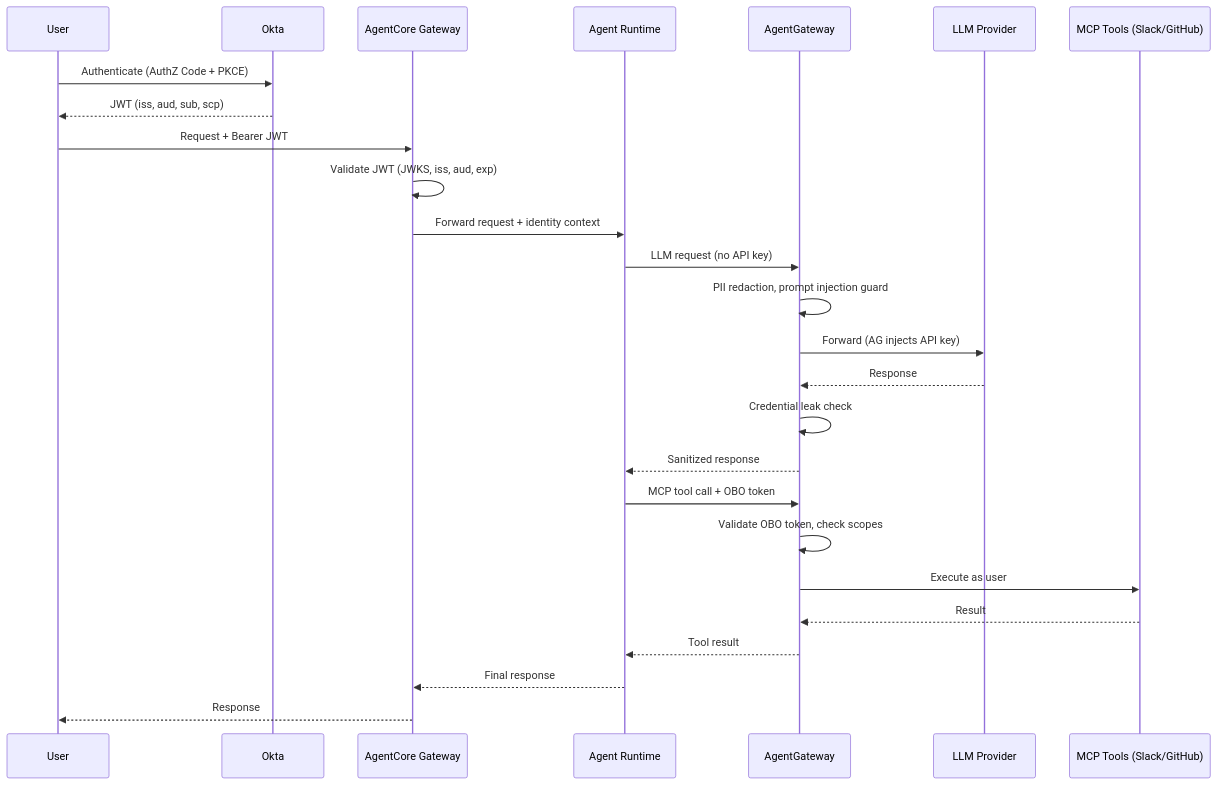
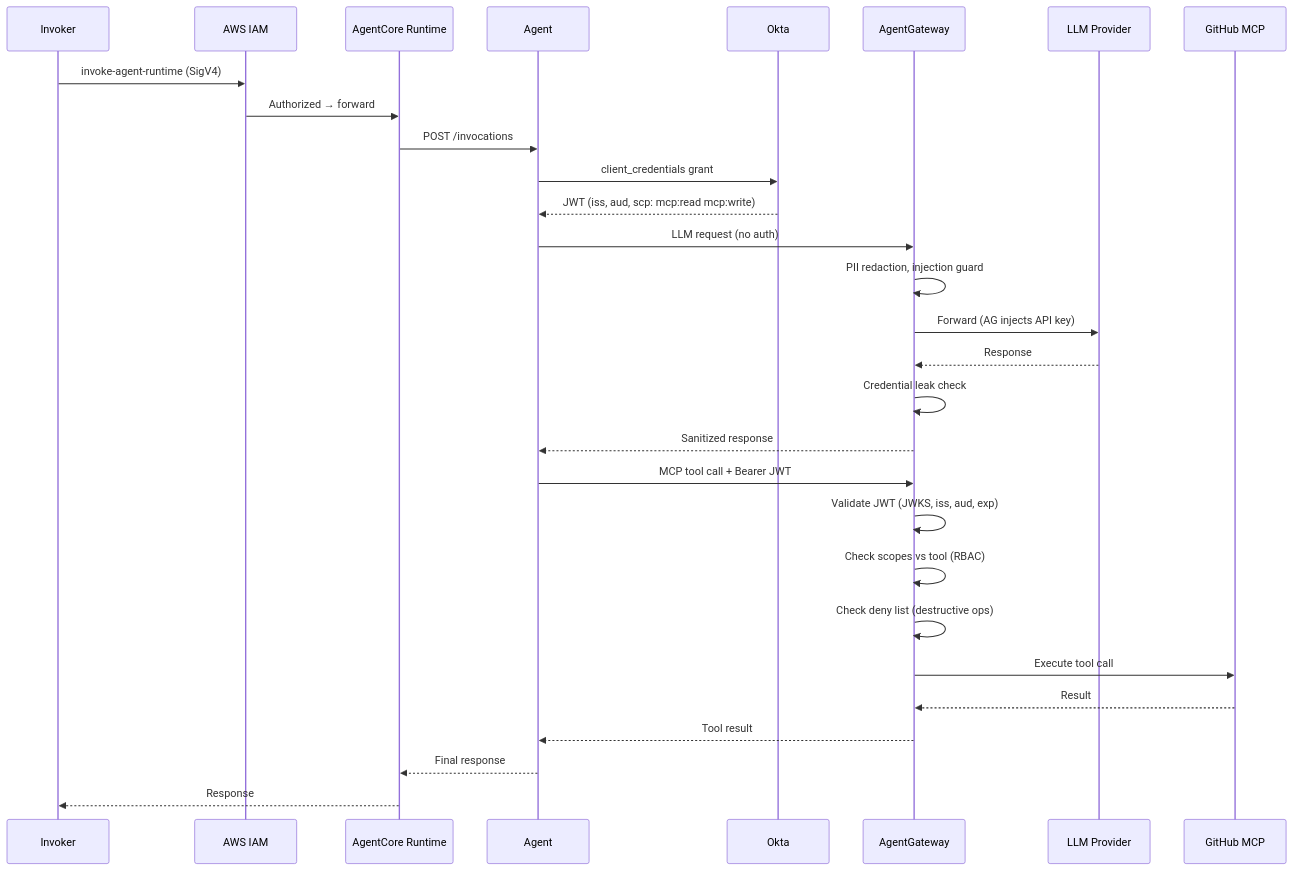
The diagram in docs/auth-flow-deep-dive.md (ProfessorSeb/aws-agentcore-demo), drawn with Mermaid before and after one commit. The commit also changed other lines of this file and 2 other files, not shown here.

First line of the commit message:
docs: rewrite all docs for new architecture (no AgentCore Gateway)

````diff
--- a/docs/auth-flow-deep-dive.md
+++ b/docs/auth-flow-deep-dive.md
@@ -25,29 +23,36 @@
 ```mermaid
 sequenceDiagram
-    participant U as User
+    participant I as Invoker
+    participant IAM as AWS IAM
+    participant R as AgentCore Runtime
+    participant A as Agent
     participant O as Okta
-    participant GW as AgentCore Gateway
-    participant A as Agent Runtime
     participant AG as AgentGateway
     participant LLM as LLM Provider
-    participant MCP as MCP Tools (Slack/GitHub)
+    participant MCP as GitHub MCP
 
-    U->>O: Authenticate (AuthZ Code + PKCE)
-    O-->>U: JWT (iss, aud, sub, scp)
-    U->>GW: Request + Bearer JWT
-    GW->>GW: Validate JWT (JWKS, iss, aud, exp)
-    GW->>A: Forward request + identity context
-    A->>AG: LLM request (no API key)
-    AG->>AG: PII redaction, prompt injection guard
+    I->>IAM: invoke-agent-runtime (SigV4)
+    IAM->>R: Authorized → forward
+    R->>A: POST /invocations
+
+    A->>O: client_credentials grant
+    O-->>A: JWT (iss, aud, scp: mcp:read mcp:write)
+
+    A->>AG: LLM request (no auth)
+    AG->>AG: PII redaction, injection guard
     AG->>LLM: Forward (AG injects API key)
     LLM-->>AG: Response
     AG->>AG: Credential leak check
     AG-->>A: Sanitized response
-    A->>AG: MCP tool call + OBO token
-    AG->>AG: Validate OBO token, check scopes
-    AG->>MCP: Execute as user
+
+    A->>AG: MCP tool call + Bearer JWT
+    AG->>AG: Validate JWT (JWKS, iss, aud, exp)
+    AG->>AG: Check scopes vs tool (RBAC)
+    AG->>AG: Check deny list (destructive ops)
+    AG->>MCP: Execute tool call
     MCP-->>AG: Result
     AG-->>A: Tool result
-    A-->>GW: Final response
-    GW-->>U: Response
+
+    A-->>R: Final response
+    R-->>I: Response
 ```
````
